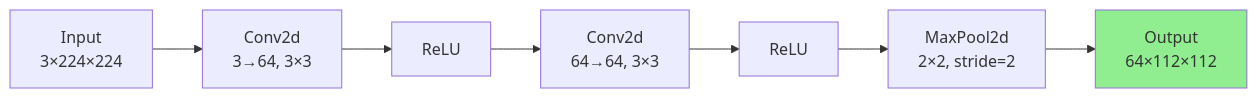
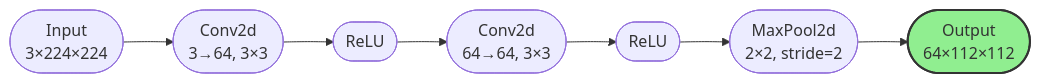
The second of 9 diagrams in methodology.md (DanicaBlazanovic/CAP6415_F25_project_Input_Image_Reconstruction_from_Features), drawn with Mermaid before and after one commit. The commit also changed other lines of this file, not shown here.

````diff
--- a/methodology.md
+++ b/methodology.md
@@ -31,11 +31,11 @@
 ```mermaid
 graph LR
-    A[Input<br/>3×224×224] --> B[Conv2d<br/>3→64, 3×3]
-    B --> C[ReLU]
-    C --> D[Conv2d<br/>64→64, 3×3]
-    D --> E[ReLU]
-    E --> F[MaxPool2d<br/>2×2, stride=2]
-    F --> G[Output<br/>64×112×112]
+    A([Input<br/>3×224×224]) --> B([Conv2d<br/>3→64, 3×3])
+    B --> C([ReLU])
+    C --> D([Conv2d<br/>64→64, 3×3])
+    D --> E([ReLU])
+    E --> F([MaxPool2d<br/>2×2, stride=2])
+    F --> G([Output<br/>64×112×112])
     
-    style G fill:#90EE90
+    style G fill:#90EE90,stroke:#333,stroke-width:2px
 ```
````
